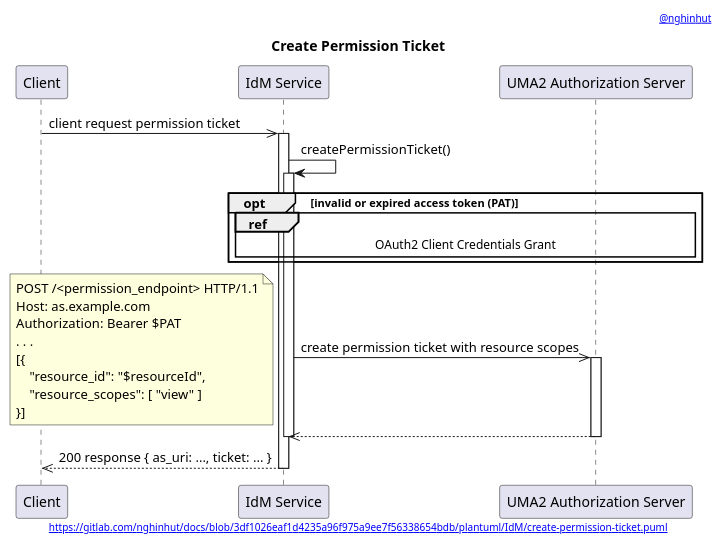
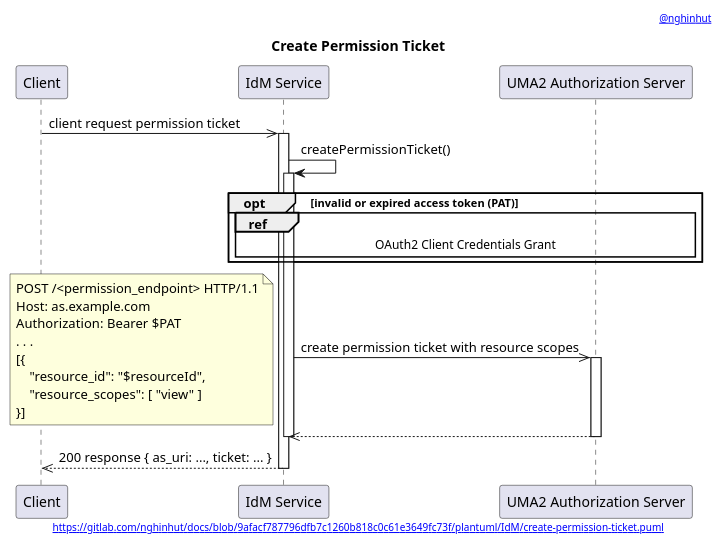
Before and after one commit to nghinhut/docs: the diagram in plantuml/IdM/create-permission-ticket.function.puml, drawn with PlantUML. The commit also changed 24 other files, not shown here.

Commit message:
docs(plantuml): update headers

```diff
--- a/plantuml/IdM/create-permission-ticket.function.puml
+++ b/plantuml/IdM/create-permission-ticket.function.puml
@@ -1,39 +1,39 @@
 @startuml
 '-----START auto generated metadata please keep comment here to allow auto update-----
 '-----DON'T EDIT THIS SECTION, INSTEAD RE-RUN prebuild.sh TO UPDATE-----
-header [[https://www.nghinhut.dev?from=http%5C%3A%5C%2F%5C%2Fwww%5C.plantuml%5C.com%5C%2Fplantuml%5C%2Fproxy%3Ffmt%3Dsvg%5C%26src%3Dhttps%5C%3A%5C%2F%5C%2Fgitlab%5C.com%5C%2Fnghinhut%5C%2Fdocs%5C%2Fraw%5C%2F3df1026eaf1d4235a96f975a9ee7f56338654bdb%5C%2Fplantuml%5C%2FIdM%5C%2Fcreate-permission-ticket%5C.puml%0A @nghinhut]]
-footer [[http://www.plantuml.com/plantuml/proxy?fmt=svg&src=https://gitlab.com/nghinhut/docs/raw/3df1026eaf1d4235a96f975a9ee7f56338654bdb/plantuml/IdM/create-permission-ticket.puml https://gitlab.com/nghinhut/docs/blob/3df1026eaf1d4235a96f975a9ee7f56338654bdb/plantuml/IdM/create-permission-ticket.puml]]
+header [[https://www.nghinhut.dev?from=http%5C%3A%5C%2F%5C%2Fwww%5C.plantuml%5C.com%5C%2Fplantuml%5C%2Fproxy%3Ffmt%3Dsvg%5C%26src%3Dhttps%5C%3A%5C%2F%5C%2Fgitlab%5C.com%5C%2Fnghinhut%5C%2Fdocs%5C%2Fraw%5C%2F9afacf787796dfb7c1260b818c0c61e3649fc73f%5C%2Fplantuml%5C%2FIdM%5C%2Fcreate-permission-ticket%5C.puml%0A @nghinhut]]
+footer [[http://www.plantuml.com/plantuml/proxy?fmt=svg&src=https://gitlab.com/nghinhut/docs/raw/9afacf787796dfb7c1260b818c0c61e3649fc73f/plantuml/IdM/create-permission-ticket.puml https://gitlab.com/nghinhut/docs/blob/9afacf787796dfb7c1260b818c0c61e3649fc73f/plantuml/IdM/create-permission-ticket.puml]]
 '-----END auto generated metadata please keep comment here to allow auto update-----
 title Create Permission Ticket
 
 participant "Client" as client
 participant "IdM Service" as idm
 participant "UMA2 Authorization Server" as as
 
 client ->> idm : client request permission ticket
 activate idm
     idm -> idm : createPermissionTicket()
     activate idm
         opt invalid or expired access token (PAT)
             ref over idm, as
                 OAuth2 Client Credentials Grant
             end
         end
         idm ->> as : create permission ticket with resource scopes
         note left
             POST /<permission_endpoint> HTTP/1.1
             Host: as.example.com
             Authorization: Bearer $PAT
             . . .
             [{
                 "resource_id": "$resourceId",
                 "resource_scopes": [ "view" ]
             }]
         end note
         activate as
         idm <<-- as
         deactivate as
     deactivate idm
     client <<-- idm : 200 response { as_uri: ..., ticket: ... }
 deactivate idm
 @enduml
```
